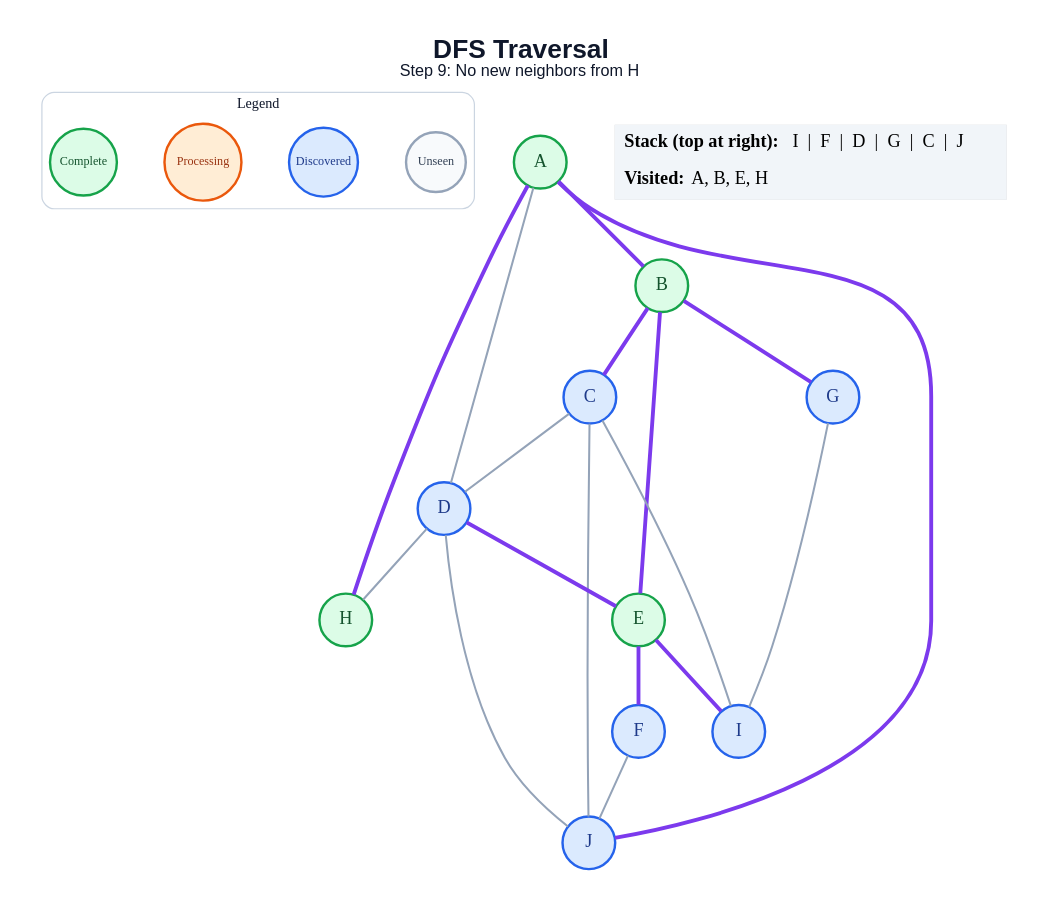
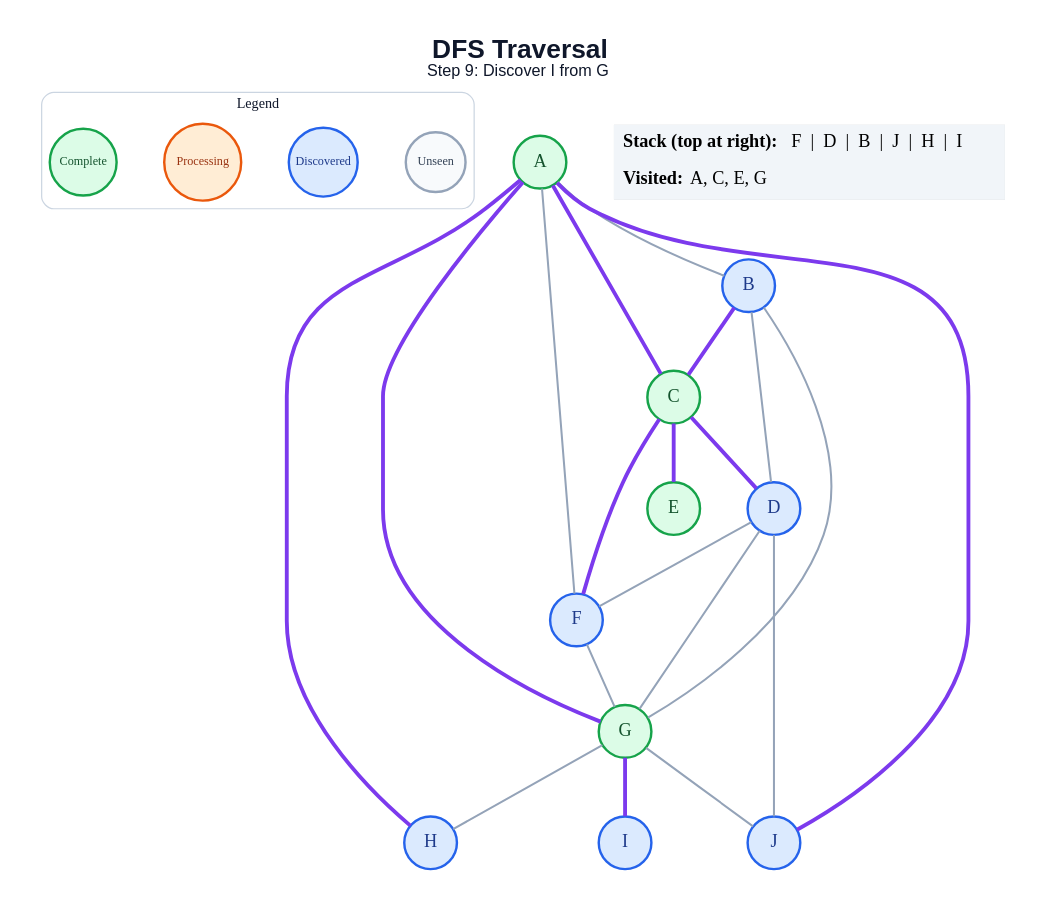
The diagram in generated/specific-node/dfs/step_09.dot (amanghodawala9/ai-slop), drawn with Graphviz before and after one commit. The commit also changed 178 other files, not shown here.

```diff
--- a/generated/specific-node/dfs/step_09.dot
+++ b/generated/specific-node/dfs/step_09.dot
@@ -1,46 +1,48 @@
 graph traversal {
   graph [layout=dot, rankdir=TB, bgcolor="#FFFFFF", pad="0.35", nodesep="0.65", ranksep="0.8", fontname="Arial"];
   node [shape=circle, style="filled", fontname="Arial Bold", fontsize=18, width=0.72, fixedsize=true, penwidth=2.4];
   edge [color="#94A3B8", penwidth=2.0];
-  label=<<B>DFS Traversal</B><BR/><FONT POINT-SIZE="16">Step 9: No new neighbors from H</FONT>>; labelloc="t"; fontsize=26; fontname="Arial"; fontcolor="#0F172A";
+  label=<<B>DFS Traversal</B><BR/><FONT POINT-SIZE="16">Step 9: Discover I from G</FONT>>; labelloc="t"; fontsize=26; fontname="Arial"; fontcolor="#0F172A";
   subgraph cluster_legend { label="Legend"; color="#CBD5E1"; penwidth=1.2; style="rounded"; fontsize=14; fontname="Arial Bold";
     key_unseen [label="Unseen", fillcolor="#F8FAFC", color="#94A3B8", fontcolor="#334155", fontsize=12, width=0.82];
     key_frontier [label="Discovered", fillcolor="#DBEAFE", color="#2563EB", fontcolor="#1E3A8A", fontsize=12, width=0.95];
     key_current [label="Processing", fillcolor="#FFEDD5", color="#EA580C", fontcolor="#9A3412", fontsize=12, width=1.05];
     key_done [label="Complete", fillcolor="#DCFCE7", color="#16A34A", fontcolor="#14532D", fontsize=12, width=0.92];
     { rank=same; key_unseen; key_frontier; key_current; key_done; }
   }
   A [fillcolor="#DCFCE7", color="#16A34A", fontcolor="#14532D"];
-  B [fillcolor="#DCFCE7", color="#16A34A", fontcolor="#14532D"];
-  C [fillcolor="#DBEAFE", color="#2563EB", fontcolor="#1E3A8A"];
+  B [fillcolor="#DBEAFE", color="#2563EB", fontcolor="#1E3A8A"];
+  C [fillcolor="#DCFCE7", color="#16A34A", fontcolor="#14532D"];
   D [fillcolor="#DBEAFE", color="#2563EB", fontcolor="#1E3A8A"];
   E [fillcolor="#DCFCE7", color="#16A34A", fontcolor="#14532D"];
   F [fillcolor="#DBEAFE", color="#2563EB", fontcolor="#1E3A8A"];
-  G [fillcolor="#DBEAFE", color="#2563EB", fontcolor="#1E3A8A"];
-  H [fillcolor="#DCFCE7", color="#16A34A", fontcolor="#14532D"];
+  G [fillcolor="#DCFCE7", color="#16A34A", fontcolor="#14532D"];
+  H [fillcolor="#DBEAFE", color="#2563EB", fontcolor="#1E3A8A"];
   I [fillcolor="#DBEAFE", color="#2563EB", fontcolor="#1E3A8A"];
   J [fillcolor="#DBEAFE", color="#2563EB", fontcolor="#1E3A8A"];
-  A -- B [color="#7C3AED", penwidth=3.8];
-  A -- D;
+  A -- B;
+  A -- C [color="#7C3AED", penwidth=3.8];
+  A -- F;
+  A -- G [color="#7C3AED", penwidth=3.8];
   A -- H [color="#7C3AED", penwidth=3.8];
   A -- J [color="#7C3AED", penwidth=3.8];
   B -- C [color="#7C3AED", penwidth=3.8];
-  B -- E [color="#7C3AED", penwidth=3.8];
-  B -- G [color="#7C3AED", penwidth=3.8];
-  C -- D;
-  C -- I;
-  C -- J;
-  D -- E [color="#7C3AED", penwidth=3.8];
-  D -- H;
+  B -- D;
+  B -- G;
+  C -- D [color="#7C3AED", penwidth=3.8];
+  C -- E [color="#7C3AED", penwidth=3.8];
+  C -- F [color="#7C3AED", penwidth=3.8];
+  D -- F;
+  D -- G;
   D -- J;
-  E -- F [color="#7C3AED", penwidth=3.8];
-  E -- I [color="#7C3AED", penwidth=3.8];
-  F -- J;
-  G -- I;
+  F -- G;
+  G -- H;
+  G -- I [color="#7C3AED", penwidth=3.8];
+  G -- J;
   status [shape=plain, fixedsize=false, width=0, height=0, margin=0, label=<
     <TABLE BORDER="0" CELLBORDER="0" CELLPADDING="7" BGCOLOR="#F1F5F9">
-      <TR><TD ALIGN="LEFT"><B>Stack (top at right):</B> I  |  F  |  D  |  G  |  C  |  J</TD></TR>
-      <TR><TD ALIGN="LEFT"><B>Visited:</B> A, B, E, H</TD></TR>
+      <TR><TD ALIGN="LEFT"><B>Stack (top at right):</B> F  |  D  |  B  |  J  |  H  |  I</TD></TR>
+      <TR><TD ALIGN="LEFT"><B>Visited:</B> A, C, E, G</TD></TR>
     </TABLE>
   >];
 }
```
